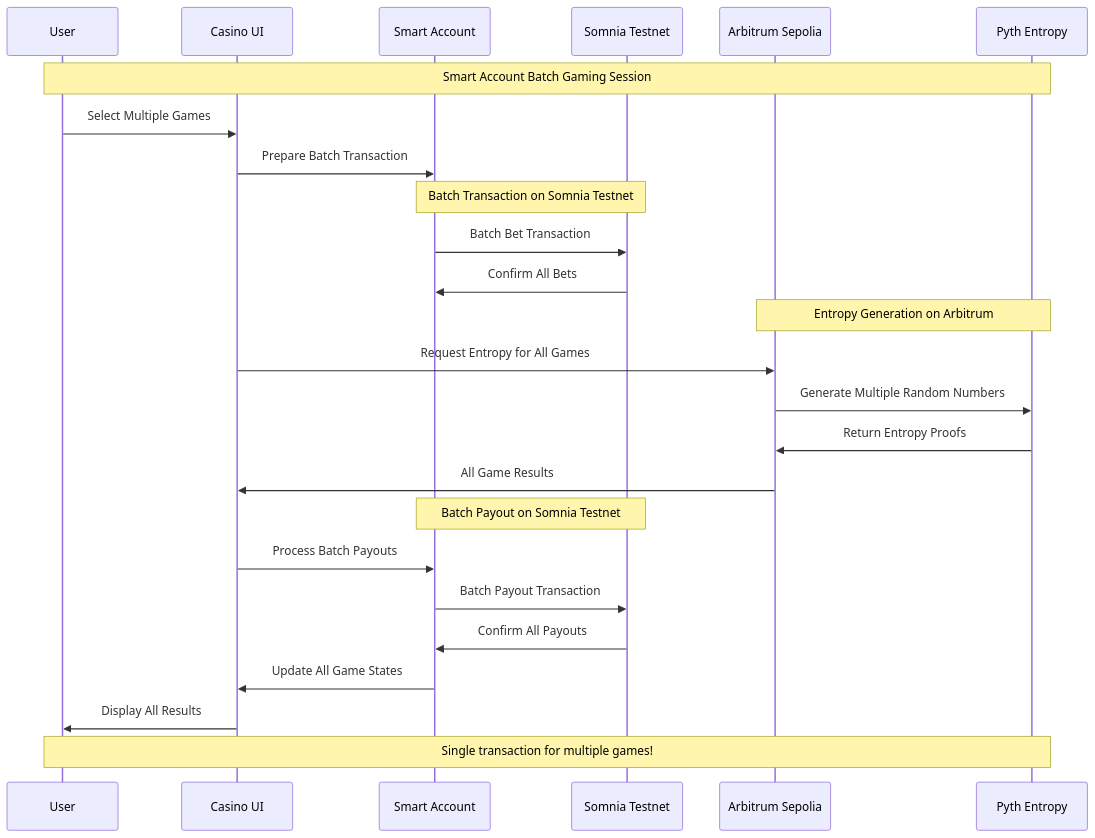
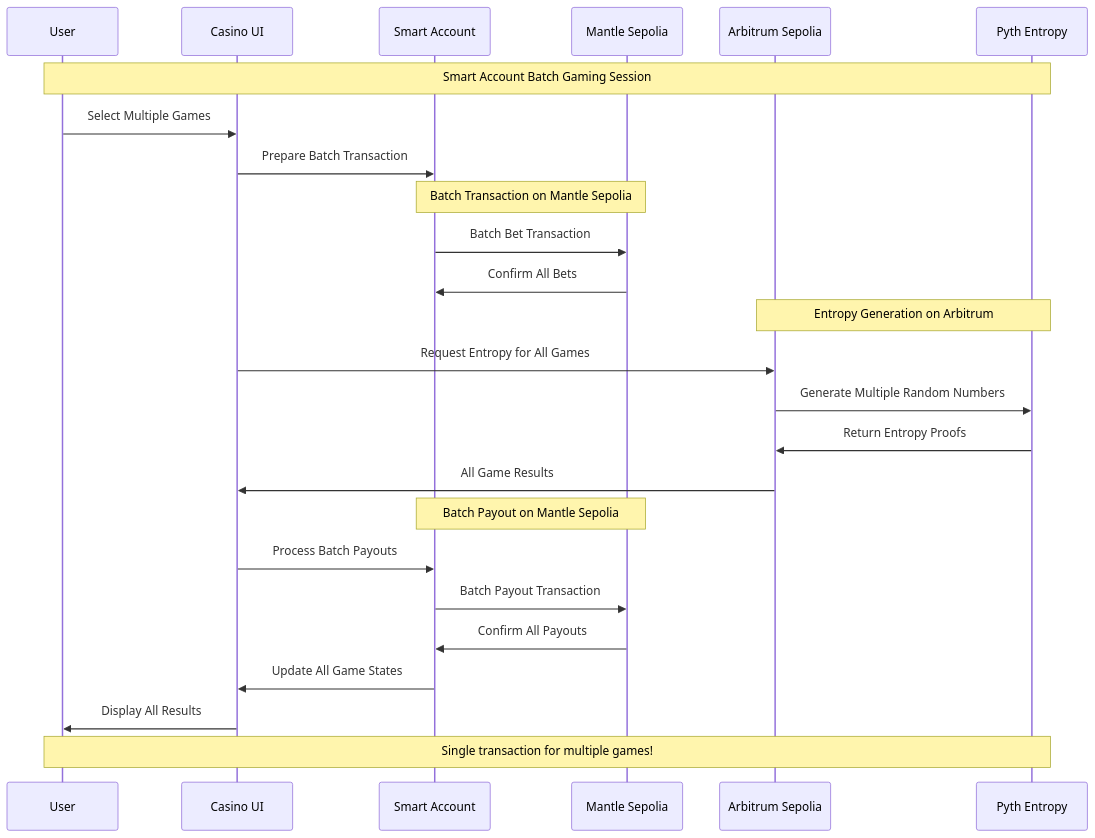
The eighth of 9 diagrams in README.md (AmaanSayyad/APT-Casino-Mantle), drawn with Mermaid before and after one commit. The commit also changed other lines of this file and 9 other files, not shown here.

````diff
--- a/README.md
+++ b/README.md
@@ -504,34 +504,34 @@
 ```mermaid
 sequenceDiagram
     participant U as User
     participant UI as Casino UI
     participant SA as Smart Account
-    participant MT as Somnia Testnet
+    participant MT as Mantle Sepolia
     participant AS as Arbitrum Sepolia
     participant PE as Pyth Entropy
     
     Note over U,PE: Smart Account Batch Gaming Session
     
     U->>UI: Select Multiple Games
     UI->>SA: Prepare Batch Transaction
     
-    Note over SA,MT: Batch Transaction on Somnia Testnet
+    Note over SA,MT: Batch Transaction on Mantle Sepolia
     SA->>MT: Batch Bet Transaction
     MT->>SA: Confirm All Bets
     
     Note over AS,PE: Entropy Generation on Arbitrum
     UI->>AS: Request Entropy for All Games
     AS->>PE: Generate Multiple Random Numbers
     PE->>AS: Return Entropy Proofs
     AS->>UI: All Game Results
     
-    Note over SA,MT: Batch Payout on Somnia Testnet
+    Note over SA,MT: Batch Payout on Mantle Sepolia
     UI->>SA: Process Batch Payouts
     SA->>MT: Batch Payout Transaction
     MT->>SA: Confirm All Payouts
     
     SA->>UI: Update All Game States
     UI->>U: Display All Results
     
     Note over U,PE: Single transaction for multiple games!
 ```
````
